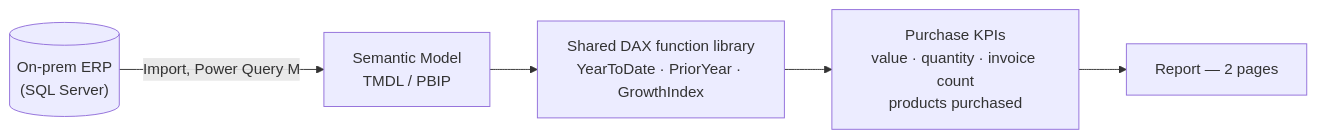
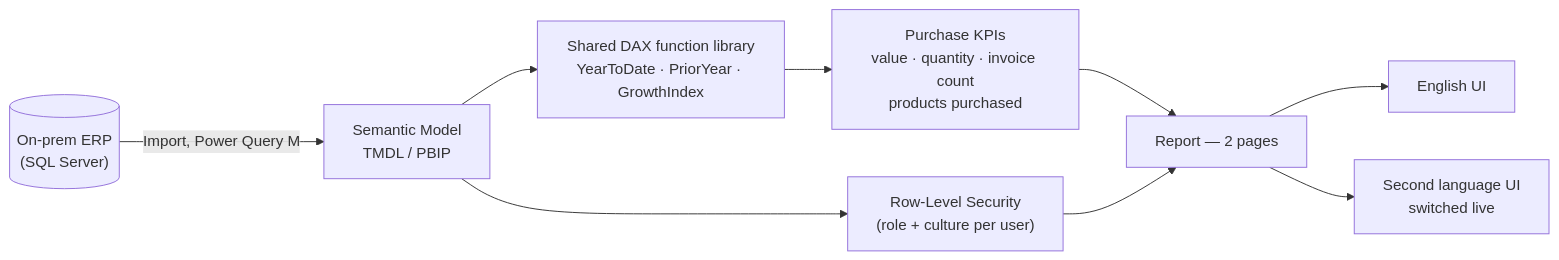
One commit to fuadgashi/Purchasing-and-Supplier-Analytics changed the diagram in README.md. Above: the diagram before and after it, drawn with Mermaid. The commit also changed other lines of this file and 3 other files, not shown here.

Commit message:
Document Security/Labels/Dynamic Labels title architecture

````diff
--- a/README.md
+++ b/README.md
@@ -37,7 +37,11 @@
 ```mermaid
 flowchart LR
     ERP[("On-prem ERP\n(SQL Server)")] -->|Import, Power Query M| SM[Semantic Model\nTMDL / PBIP]
     SM --> FN["Shared DAX function library\nYearToDate · PriorYear · GrowthIndex"]
     FN --> DAX["Purchase KPIs\nvalue · quantity · invoice count\nproducts purchased"]
+    SM --> RLS["Row-Level Security\n(role + culture per user)"]
     DAX --> RPT[Report — 2 pages]
+    RLS --> RPT
+    RPT --> EN[English UI]
+    RPT --> Alt[Second language UI\nswitched live]
 ```
````
